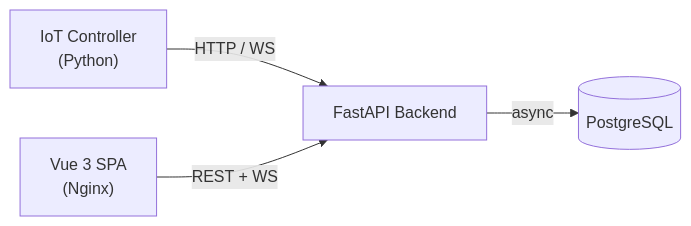
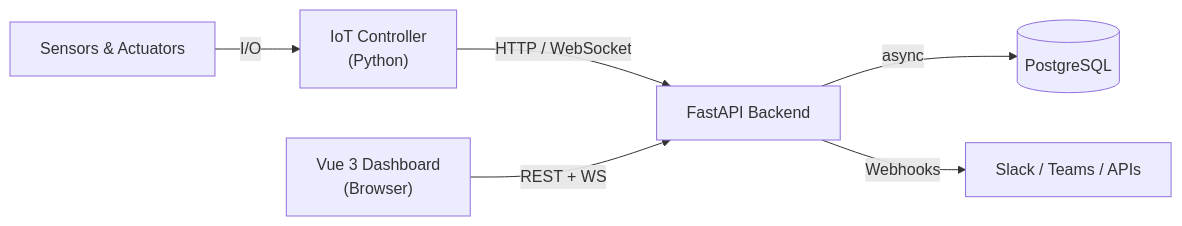
One commit to stefanposs/webmacs changed the diagram in assets/mkdocs/index.md. Above: the diagram before and after it, drawn with Mermaid. The commit also changed other lines of this file and 13 other files, not shown here.

````diff
--- a/assets/mkdocs/index.md
+++ b/assets/mkdocs/index.md
@@ -69,6 +86,8 @@
 ```mermaid
 graph LR
-    Controller["IoT Controller<br/>(Python)"] -->|HTTP / WS| Backend["FastAPI Backend"]
+    Hardware["Sensors & Actuators"] -->|I/O| Controller["IoT Controller<br/>(Python)"]
+    Controller -->|HTTP / WebSocket| Backend["FastAPI Backend"]
     Backend -->|async| DB[(PostgreSQL)]
-    Frontend["Vue 3 SPA<br/>(Nginx)"] -->|REST + WS| Backend
+    Frontend["Vue 3 Dashboard<br/>(Browser)"] -->|REST + WS| Backend
+    Backend -->|Webhooks| External["Slack / Teams / APIs"]
 ```
````
